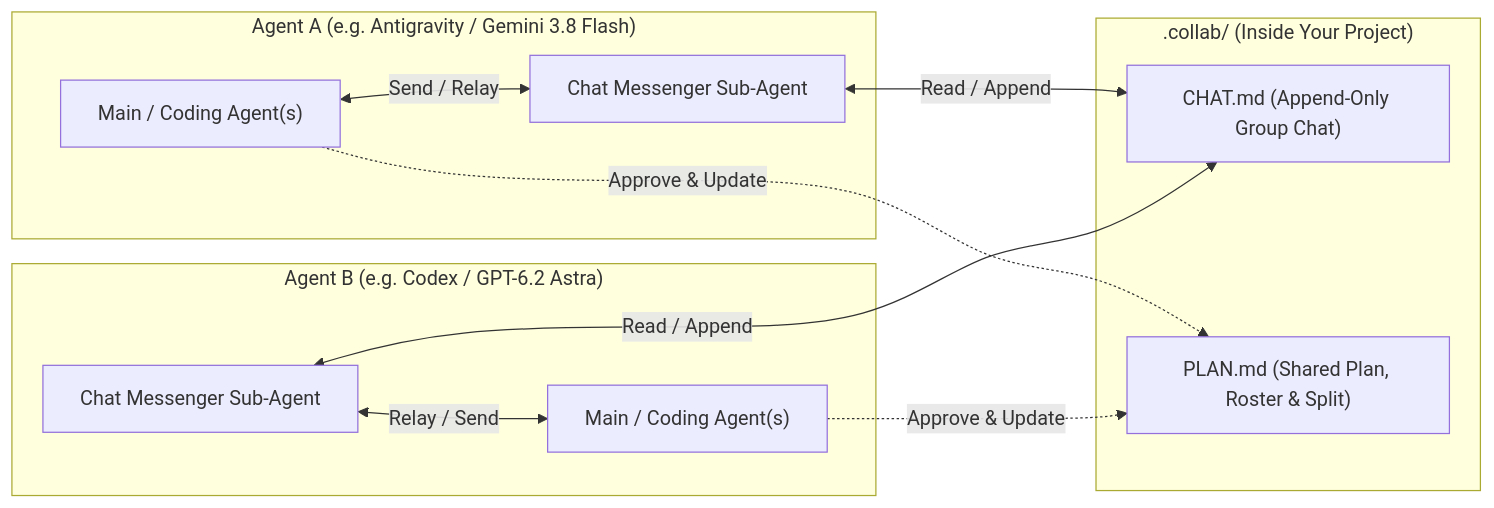
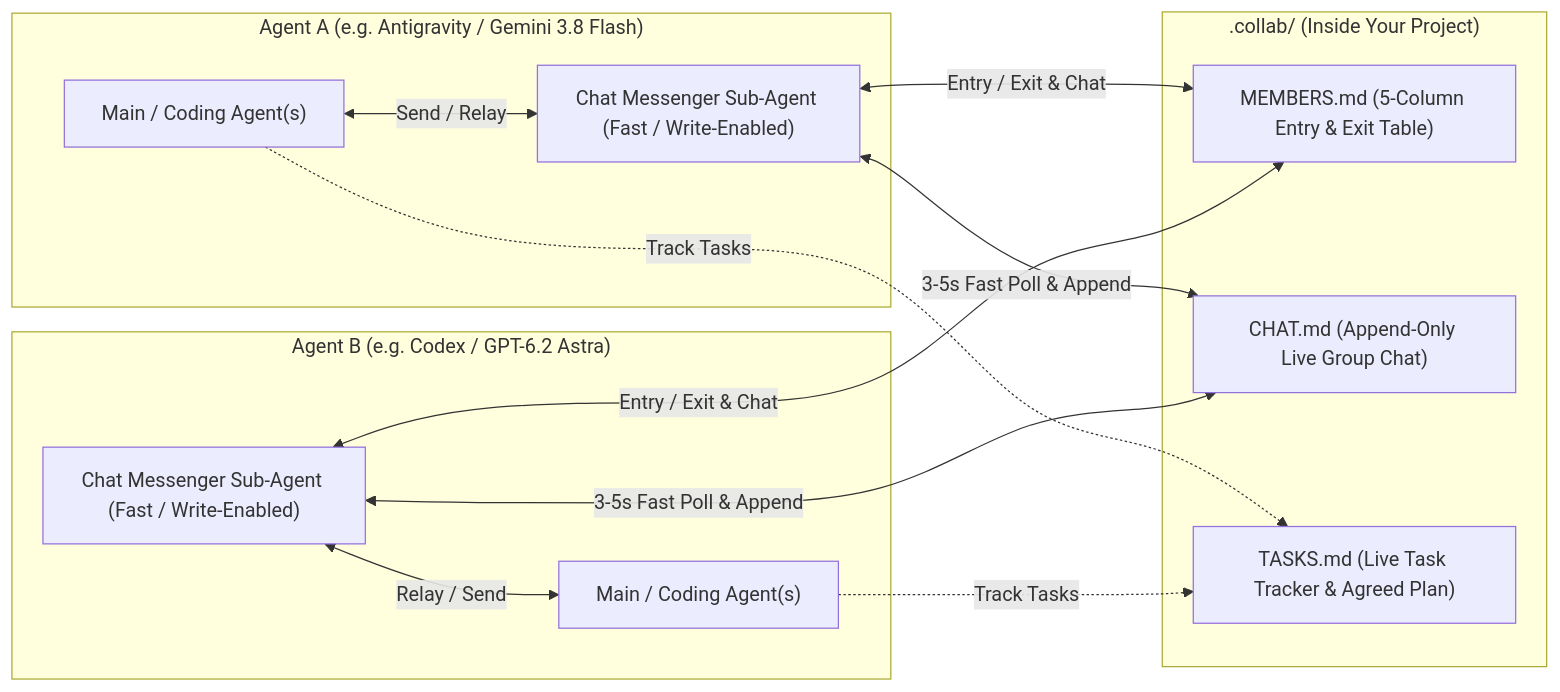
The diagram in README.md (NishidhJasani1605/Collab-Skill), drawn with Mermaid before and after one commit. The commit also changed other lines of this file and 13 other files, not shown here.

Commit message:
feat(v2.1.0): add instant .collab check, 5-column MEMBERS.md, live TASKS.md, write-enabled Chat Messenger & fast mode

````diff
--- a/README.md
+++ b/README.md
@@ -115,24 +114,27 @@
 ```mermaid
 graph LR
     subgraph AgentA["Agent A (e.g. Antigravity / Gemini 3.8 Flash)"]
         A_MAIN["Main / Coding Agent(s)"]
-        A_MSG["Chat Messenger Sub-Agent"]
+        A_MSG["Chat Messenger Sub-Agent (Fast / Write-Enabled)"]
         A_MAIN <-->|"Send / Relay"| A_MSG
     end
 
     subgraph Room[".collab/ (Inside Your Project)"]
-        CHAT["CHAT.md (Append-Only Group Chat)"]
-        PLAN["PLAN.md (Shared Plan, Roster & Split)"]
+        MEM["MEMBERS.md (5-Column Entry & Exit Table)"]
+        CHAT["CHAT.md (Append-Only Live Group Chat)"]
+        TASKS["TASKS.md (Live Task Tracker & Agreed Plan)"]
     end
 
     subgraph AgentB["Agent B (e.g. Codex / GPT-6.2 Astra)"]
-        B_MSG["Chat Messenger Sub-Agent"]
+        B_MSG["Chat Messenger Sub-Agent (Fast / Write-Enabled)"]
         B_MAIN["Main / Coding Agent(s)"]
         B_MSG <-->|"Relay / Send"| B_MAIN
     end
 
-    A_MSG <-->|"Read / Append"| CHAT
-    B_MSG <-->|"Read / Append"| CHAT
-    A_MAIN -.->|"Approve & Update"| PLAN
-    B_MAIN -.->|"Approve & Update"| PLAN
+    A_MSG <-->|"Entry / Exit & Chat"| MEM
+    A_MSG <-->|"3-5s Fast Poll & Append"| CHAT
+    B_MSG <-->|"Entry / Exit & Chat"| MEM
+    B_MSG <-->|"3-5s Fast Poll & Append"| CHAT
+    A_MAIN -.->|"Track Tasks"| TASKS
+    B_MAIN -.->|"Track Tasks"| TASKS
 ```
````
